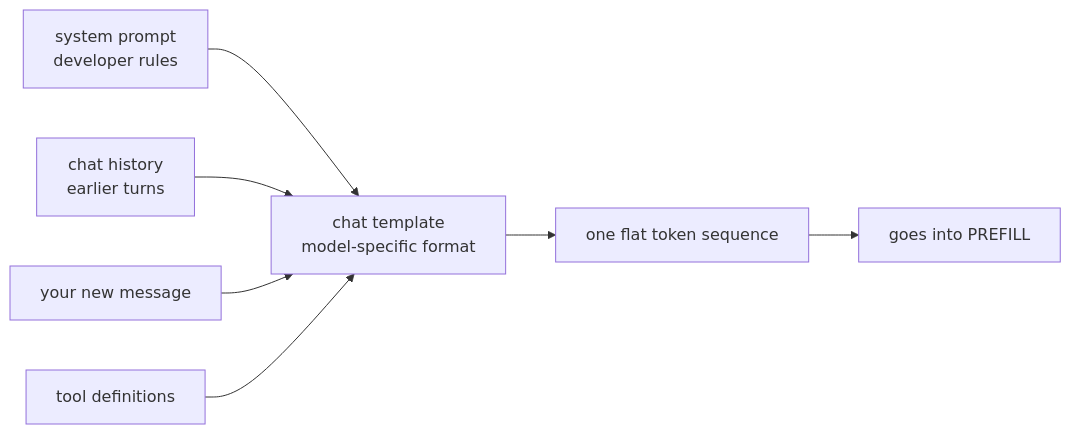
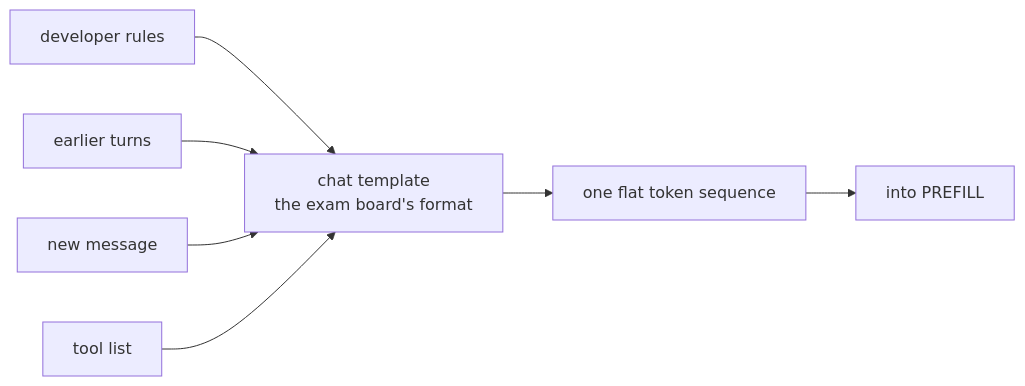
One commit to manojbaliyan16/edgeai-study-notes changed the ninth of 14 diagrams in book-notes/ch02-models.md. Above: the diagram before and after it, drawn with Mermaid. The commit also changed other lines of this file and 1 other file, not shown here.

First line of the commit message:
ch02 section 2.2 and 2.2.1: rewrite with own exam-hall mental models, revision phrases, Mermaid only

````diff
--- a/book-notes/ch02-models.md
+++ b/book-notes/ch02-models.md
@@ -245,9 +265,9 @@
 ```mermaid
 flowchart LR
-  S["system prompt<br/>developer rules"] --> CT
-  H["chat history<br/>earlier turns"] --> CT
-  U["your new message"] --> CT
-  TD["tool definitions"] --> CT
-  CT["chat template<br/>model-specific format"] --> SEQ["one flat token sequence"]
-  SEQ --> PF["goes into PREFILL"]
+  S["developer rules"] --> T
+  H["earlier turns"] --> T
+  U["new message"] --> T
+  L["tool list"] --> T
+  T["chat template<br/>the exam board's format"] --> Q["one flat token sequence"]
+  Q --> P["into PREFILL"]
 ```
````
